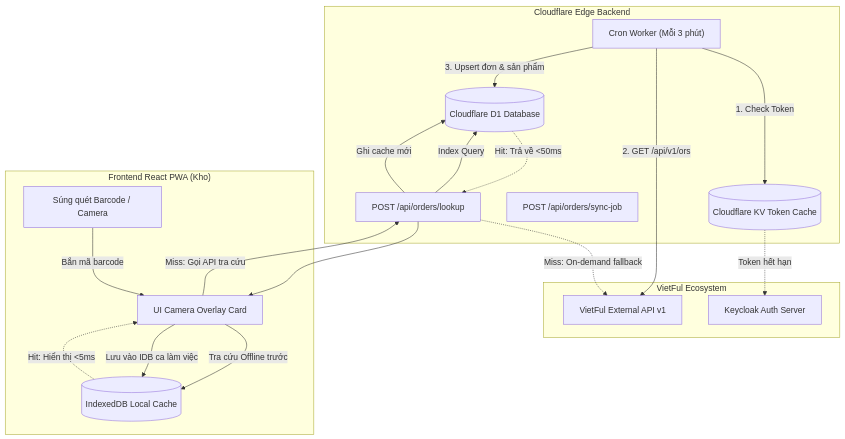
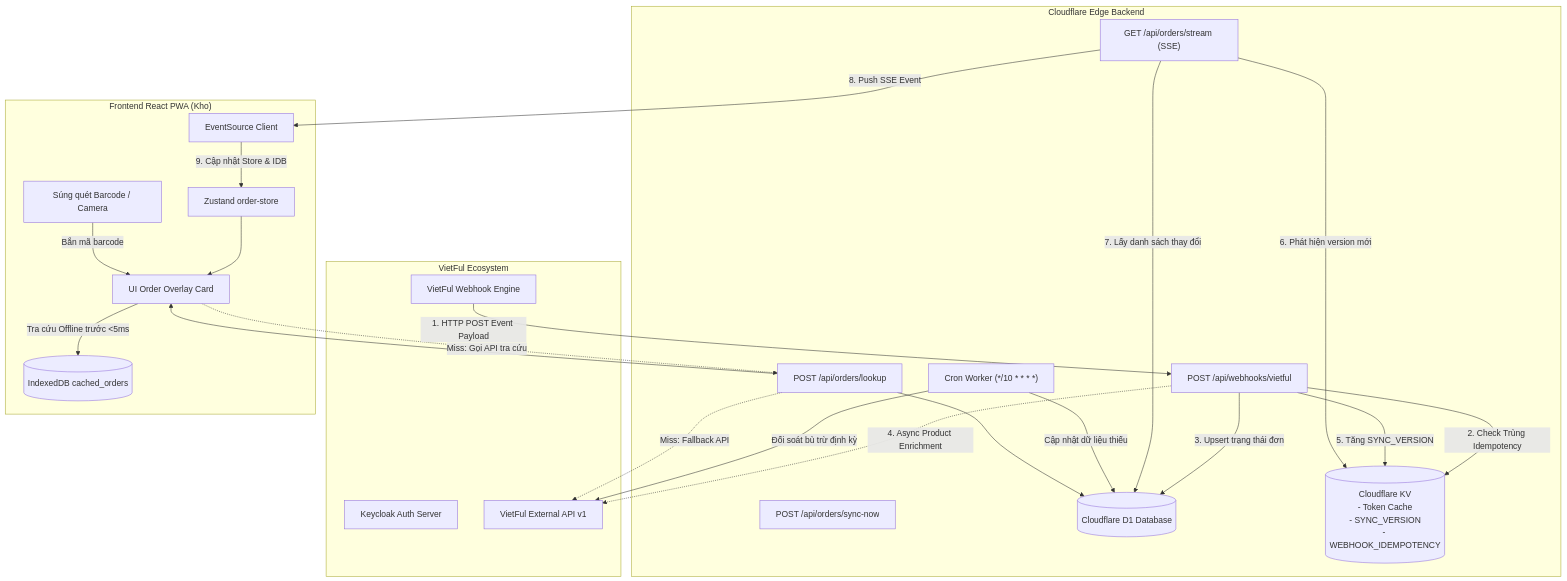
The second of 3 diagrams in docs/16-tich-hop-dong-bo-don-hang-vietful.md (websiteallship/quayvideodonghang), drawn with Mermaid before and after one commit. The commit also changed other lines of this file, not shown here.

Commit message:
docs: cap nhat dac ta tich hop vietful api va kien truc multi-merchant

````diff
--- a/docs/16-tich-hop-dong-bo-don-hang-vietful.md
+++ b/docs/16-tich-hop-dong-bo-don-hang-vietful.md
@@ -67,39 +152,52 @@
 ```mermaid
 flowchart TD
     subgraph VietFul["VietFul Ecosystem"]
+        VF_Portal["VietFul Webhook Engine"]
         VF_Auth["Keycloak Auth Server"]
         VF_API["VietFul External API v1"]
     end
 
     subgraph Cloudflare["Cloudflare Edge Backend"]
-        CronJob["Cron Worker (Mỗi 3 phút)"]
+        WebhookAPI["POST /api/webhooks/vietful"]
+        CronJob["Cron Worker (*/10 * * * *)"]
+        SSEHub["GET /api/orders/stream (SSE)"]
         LookupAPI["POST /api/orders/lookup"]
-        SyncAPI["POST /api/orders/sync-job"]
+        SyncNow["POST /api/orders/sync-now"]
         D1[(Cloudflare D1 Database)]
-        KV[(Cloudflare KV Token Cache)]
+        KV[("Cloudflare KV\n- Token Cache\n- SYNC_VERSION\n- WEBHOOK_IDEMPOTENCY")]
     end
 
     subgraph Client["Frontend React PWA (Kho)"]
         Scanner["Súng quét Barcode / Camera"]
-        IDB[(IndexedDB Local Cache)]
-        UI["UI Camera Overlay Card"]
+        IDB[(IndexedDB cached_orders)]
+        SSEClient["EventSource Client"]
+        OrderStore["Zustand order-store"]
+        UI["UI Order Overlay Card"]
     end
 
-    %% Cron Sync Flow
-    CronJob -->|1. Check Token| KV
-    KV -.->|Token hết hạn| VF_Auth
-    CronJob -->|2. GET /api/v1/ors| VF_API
-    CronJob -->|3. Upsert đơn & sản phẩm| D1
+    %% Tier 1: Webhook Event-Driven Ingestion
+    VF_Portal -->|1. HTTP POST Event Payload| WebhookAPI
+    WebhookAPI -->|2. Check Trùng Idempotency| KV
+    WebhookAPI -->|3. Upsert trạng thái đơn| D1
+    WebhookAPI -.->|4. Async Product Enrichment| VF_API
+    WebhookAPI -->|5. Tăng SYNC_VERSION| KV
 
-    %% Scan Lookup Flow
+    %% Tier 2: SSE Push
+    SSEHub -->|6. Phát hiện version mới| KV
+    SSEHub -->|7. Lấy danh sách thay đổi| D1
+    SSEHub -->|8. Push SSE Event| SSEClient
+    SSEClient -->|9. Cập nhật Store & IDB| OrderStore
+    OrderStore --> UI
+
+    %% Tier 3: Cron Reconciliation
+    CronJob -->|Đối soát bù trừ định kỳ| VF_API
+    CronJob -->|Cập nhật dữ liệu thiếu| D1
+
+    %% Tier 4: Barcode Scanner Lookup
     Scanner -->|Bắn mã barcode| UI
-    UI -->|Tra cứu Offline trước| IDB
-    IDB -.->|Hit: Hiển thị <5ms| UI
-    UI -->|Miss: Gọi API tra cứu| LookupAPI
-    LookupAPI -->|Index Query| D1
-    D1 -.->|Hit: Trả về <50ms| LookupAPI
-    LookupAPI -.->|Miss: On-demand fallback| VF_API
-    LookupAPI -->|Ghi cache mới| D1
+    UI -->|Tra cứu Offline trước <5ms| IDB
+    UI -.->|Miss: Gọi API tra cứu| LookupAPI
+    LookupAPI --> D1
+    LookupAPI -.->|Miss: Fallback API| VF_API
     LookupAPI --> UI
-    UI -->|Lưu vào IDB ca làm việc| IDB
 ```
````
